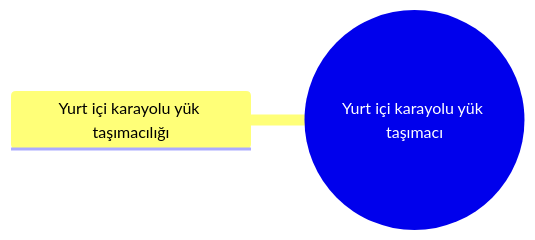
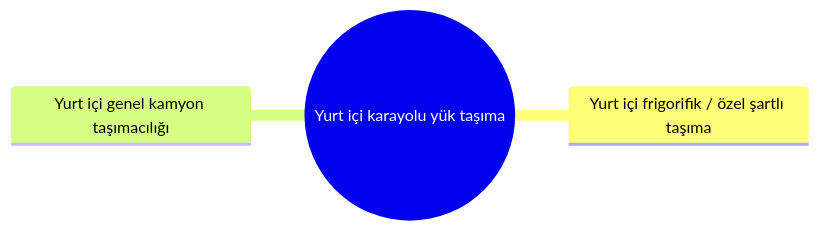
One commit to sametkarabulut-dev/xfuturepos-v2 changed the diagram in 02 İşletmeler/12 Lojistik & Taşımacılık/Yurt içi karayolu yük taşımacılığı/Dal – Yurt içi karayolu yük taşımacılığı.md. Above: the diagram before and after it, drawn with Mermaid. The commit also changed other lines of this file and 241 other files, not shown here.

````diff
--- a/02 İşletmeler/12 Lojistik & Taşımacılık/Yurt içi karayolu yük taşımacılığı/Dal – Yurt içi karayolu yük taşımacılığı.md
+++ b/02 İşletmeler/12 Lojistik & Taşımacılık/Yurt içi karayolu yük taşımacılığı/Dal – Yurt içi karayolu yük taşımacılığı.md
@@ -22,5 +23,6 @@
 ```mermaid
 mindmap
-  root((Yurt içi karayolu yük taşımacı))
-    Yurt içi karayolu yük taşımacılığı
+  root((Yurt içi karayolu yük taşıma))
+    Yurt içi frigorifik / özel şartlı taşıma
+    Yurt içi genel kamyon taşımacılığı
 ```
````
